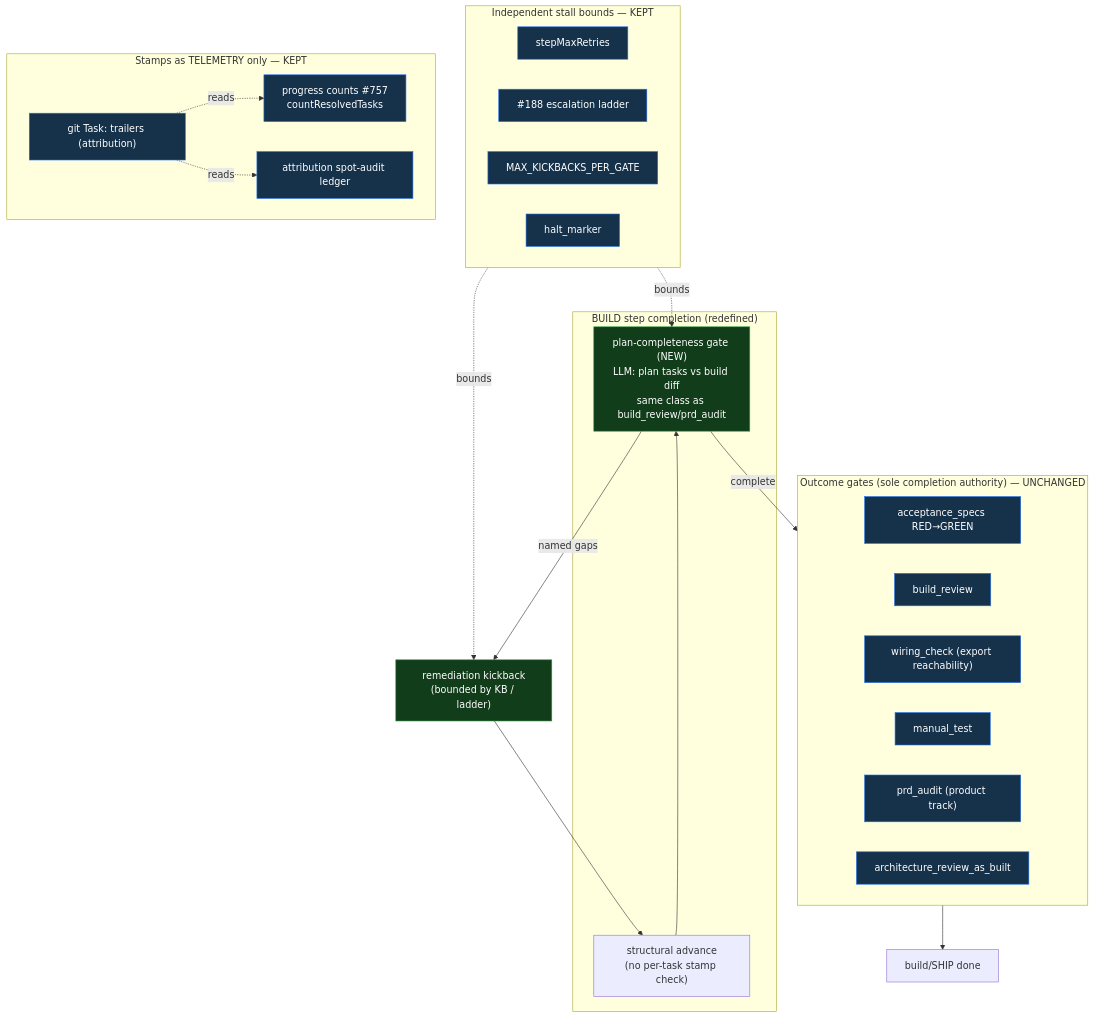
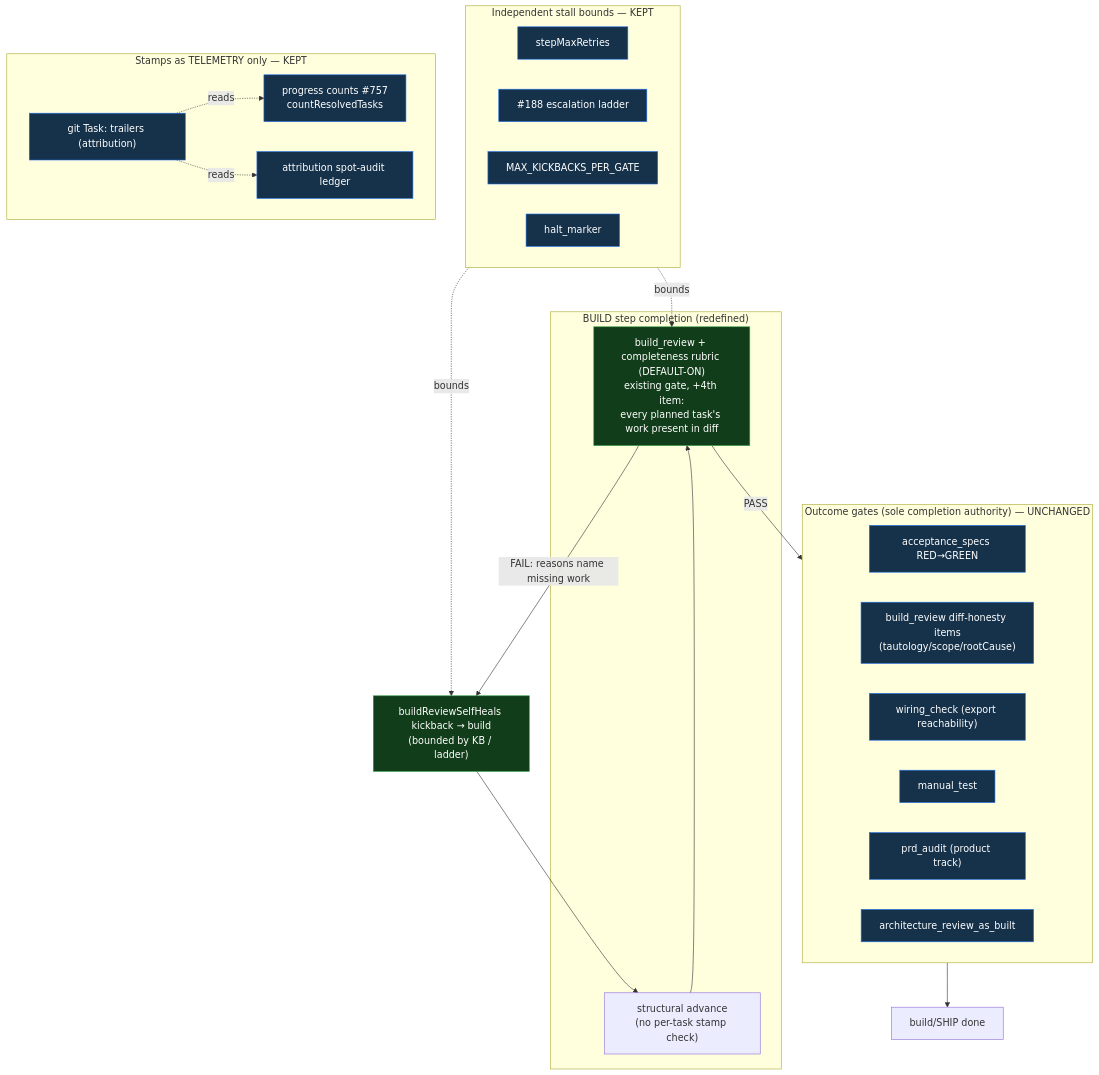
The second of 3 diagrams in .docs/architecture/demote-task-stamping-to-telemetry.md (jstoup111/ai-conductor), drawn with Mermaid before and after one commit. The commit also changed other lines of this file and 6 other files, not shown here.

First line of the commit message:
spec: fold #773 completeness into existing build_review gate (default-on)

````diff
--- a/.docs/architecture/demote-task-stamping-to-telemetry.md
+++ b/.docs/architecture/demote-task-stamping-to-telemetry.md
@@ -56,44 +56,44 @@
 ```mermaid
 graph TD
     subgraph BUILDA["BUILD step completion (redefined)"]
         STRUCT["structural advance<br/>(no per-task stamp check)"]
-        COMPLETE["plan-completeness gate (NEW)<br/>LLM: plan tasks vs build diff<br/>same class as build_review/prd_audit"]
+        COMPLETE["build_review + completeness rubric (DEFAULT-ON)<br/>existing gate, +4th item:<br/>every planned task's work present in diff"]
     end
 
     subgraph OUTCOME["Outcome gates (sole completion authority) — UNCHANGED"]
         ACC["acceptance_specs RED→GREEN"]
-        BREV["build_review"]
+        BREV["build_review diff-honesty items<br/>(tautology/scope/rootCause)"]
         WIRE["wiring_check (export reachability)"]
         MAN["manual_test"]
         PRD["prd_audit (product track)"]
         ASB["architecture_review_as_built"]
     end
 
     subgraph BOUNDS["Independent stall bounds — KEPT"]
         RETRY["stepMaxRetries"]
         LADDER["#188 escalation ladder"]
         KB["MAX_KICKBACKS_PER_GATE"]
         HALT["halt_marker"]
     end
 
     subgraph TELEM["Stamps as TELEMETRY only — KEPT"]
         TRAIL["git Task: trailers (attribution)"]
         PROG["progress counts #757<br/>countResolvedTasks"]
         SPOT["attribution spot-audit ledger"]
     end
 
     STRUCT --> COMPLETE
-    COMPLETE -->|named gaps| REMED["remediation kickback<br/>(bounded by KB / ladder)"]
+    COMPLETE -->|FAIL: reasons name missing work| REMED["buildReviewSelfHeals kickback → build<br/>(bounded by KB / ladder)"]
     REMED --> STRUCT
-    COMPLETE -->|complete| OUTCOME
+    COMPLETE -->|PASS| OUTCOME
     OUTCOME --> DONE2["build/SHIP done"]
     BOUNDS -.bounds.-> COMPLETE
     BOUNDS -.bounds.-> REMED
     TRAIL -.reads.-> PROG
     TRAIL -.reads.-> SPOT
 
     classDef new fill:#123d1a,stroke:#2ea043,color:#fff;
     classDef keep fill:#16324a,stroke:#1f6feb,color:#fff;
     class COMPLETE,REMED new
     class ACC,BREV,WIRE,MAN,PRD,ASB,RETRY,LADDER,KB,HALT,TRAIL,PROG,SPOT keep
 ```
````
